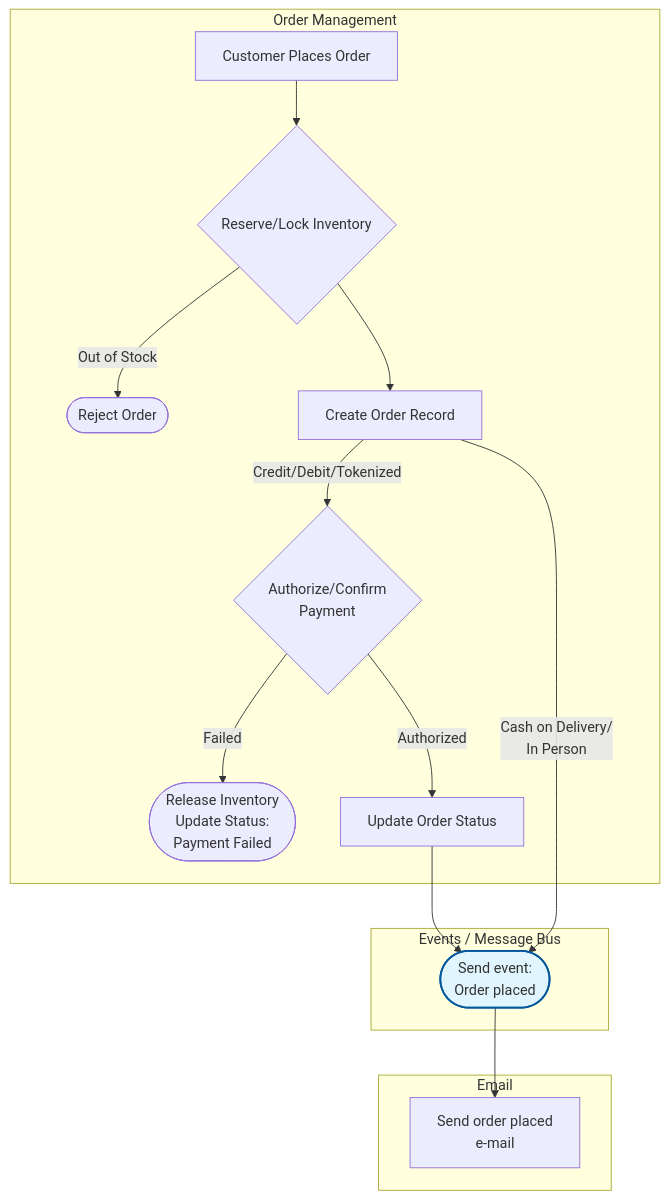
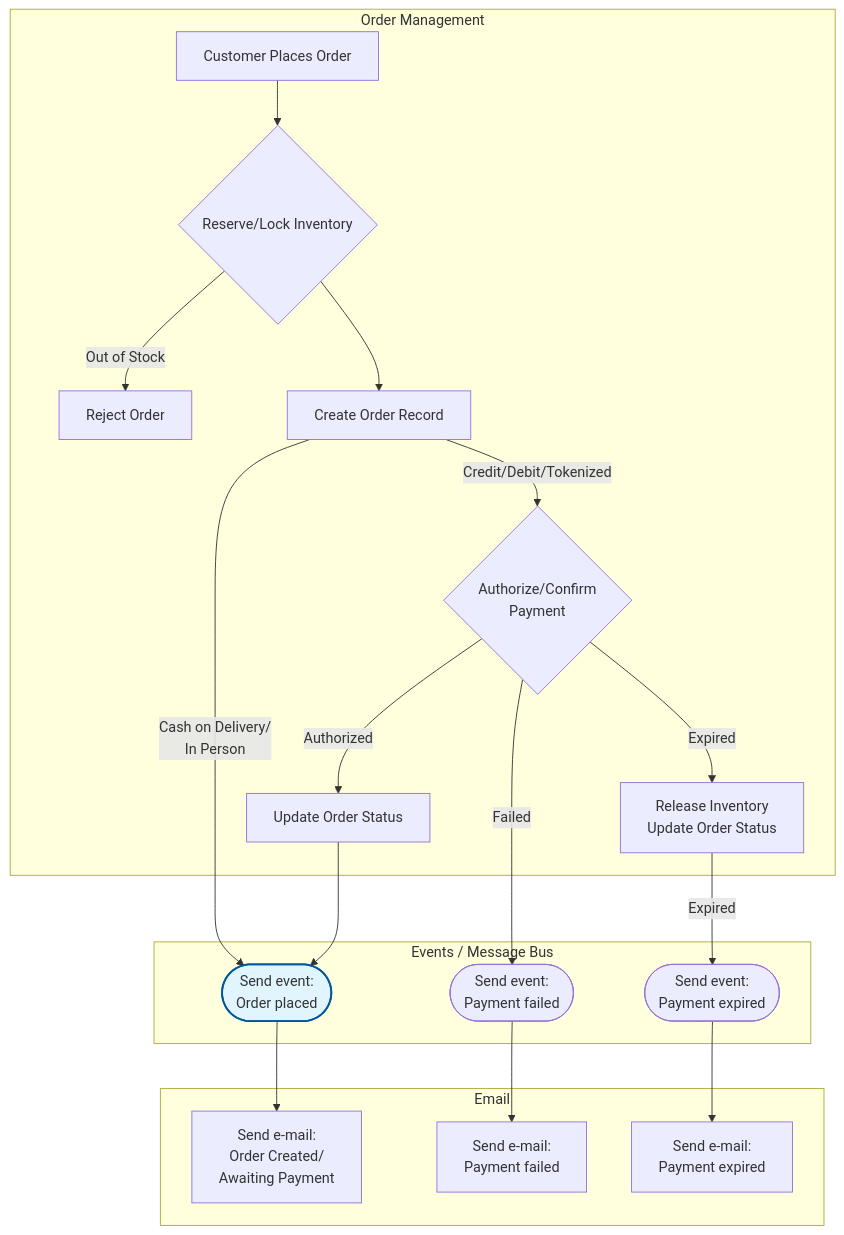
One commit to RobertoFreireDev/Order-Management changed the first of 3 diagrams in README.md. Above: the diagram before and after it, drawn with Mermaid. The commit also changed other lines of this file, not shown here.

Commit message:
add payment events

````diff
--- a/README.md
+++ b/README.md
@@ -5,36 +5,44 @@
 ```mermaid
 flowchart TD
     %% Subgraph Styling
     classDef event fill:#e1f5fe,stroke:#01579b,stroke-width:2px;
     classDef logic fill:#f5f5f5,stroke:#333,stroke-width:1px;
     classDef fulfill fill:#fff3e0,stroke:#ef6c00,stroke-width:1px;
     classDef note fill:#f9fbe7,stroke:#827717,stroke-width:1px;
 
     subgraph Order_Management [Order Management]
         A[Customer Places Order] --> B{Reserve/Lock Inventory}
-        B -->|Out of Stock| C([Reject Order])
+        B -->|Out of Stock| C[Reject Order]
         B --> D[Create Order Record]
         
         D --> |"Credit/Debit/Tokenized"| E{Authorize/Confirm<br/>Payment}
-        E -->|Failed| F([Release Inventory<br/>Update Status: <br/>Payment Failed])
+        E -->|Expired| F[Release Inventory<br/>Update Order Status]
         E -->|Authorized| G[Update Order Status]
     end
 
     subgraph Events [Events / Message Bus]
         H([Send event:<br/>Order placed])
+        H1([Send event:<br/>Payment failed])
+        H2([Send event:<br/>Payment expired])
     end
 
     subgraph Email [Email]
-        I[Send order placed<br/>e-mail]
+        I[Send e-mail: <br/>Order Created/<br/>Awaiting Payment]
+        I1[Send e-mail: <br/>Payment failed]
+        I2[Send e-mail: <br/>Payment expired]
     end
 
     %% Logic to Events
     G --> H
+    F -->|Expired| H2
+    E -->|Failed| H1
     D --> |"Cash on Delivery/<br/>In Person"| H
     
     %% Event Distribution
     H --> I
+    H1 --> I1
+    H2 --> I2
 
     %% Class Assignments
     class H event;
 ```
````
